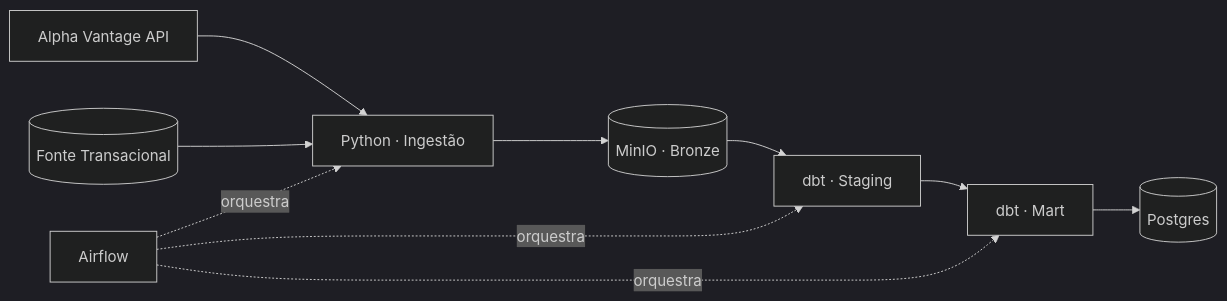
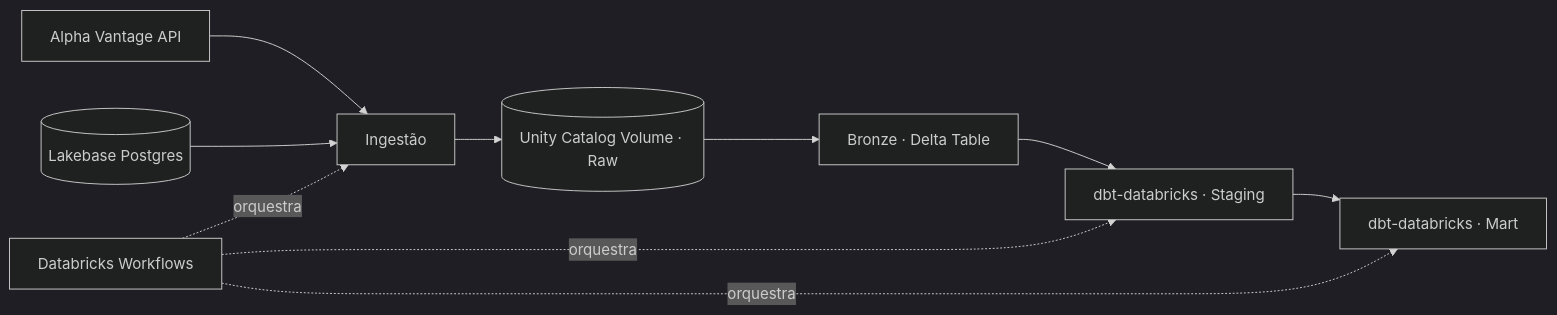
The diagram in README.md (Damazordon/Damazordon), drawn with Mermaid (dark theme) before and after one commit. The commit also changed other lines of this file, not shown here.

````diff
--- a/README.md
+++ b/README.md
@@ -19,12 +24,12 @@
 ```mermaid
 flowchart LR
-    A[Alpha Vantage API] --> C[Python · Ingestão]
-    B[(Fonte Transacional)] --> C
-    C --> D[(MinIO · Bronze)]
-    D --> E[dbt · Staging]
-    E --> F[dbt · Mart]
-    F --> G[(Postgres)]
-    H[Airflow] -.orquestra.-> C
-    H -.orquestra.-> E
+    A[Alpha Vantage API] --> C[Ingestão]
+    B[(Lakebase Postgres)] --> C
+    C --> D[(Unity Catalog Volume · Raw)]
+    D --> E[Bronze · Delta Table]
+    E --> F[dbt-databricks · Staging]
+    F --> G[dbt-databricks · Mart]
+    H[Databricks Workflows] -.orquestra.-> C
     H -.orquestra.-> F
+    H -.orquestra.-> G
 ```
````
